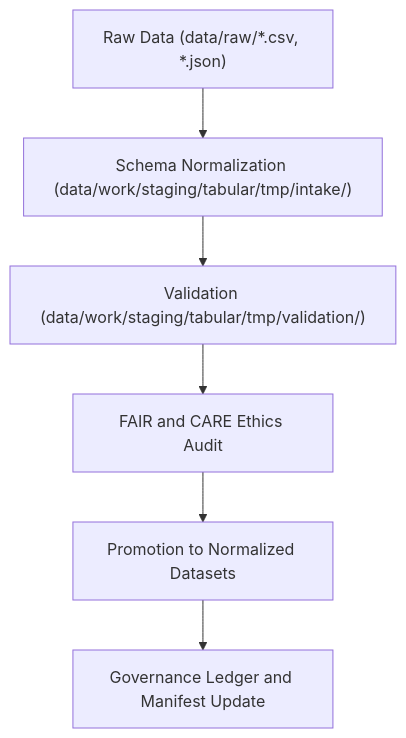
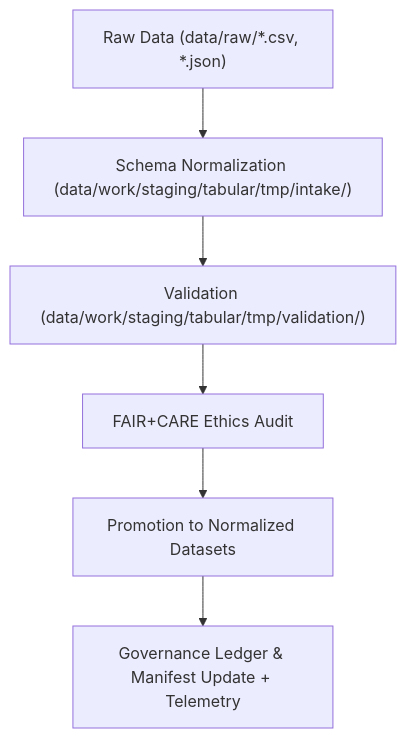
The diagram in data/work/staging/tabular/README.md (bartytime4life/Kansas-Frontier-Matrix), drawn with Mermaid before and after one commit. The commit also changed other lines of this file, not shown here.

First line of the commit message:
Update README for version 9.4.0 with telemetry and governance

````diff
--- a/data/work/staging/tabular/README.md
+++ b/data/work/staging/tabular/README.md
@@ -72,8 +78,8 @@
 ```mermaid
 flowchart TD
     A["Raw Data (data/raw/*.csv, *.json)"] --> B["Schema Normalization (data/work/staging/tabular/tmp/intake/)"]
     B --> C["Validation (data/work/staging/tabular/tmp/validation/)"]
-    C --> D["FAIR and CARE Ethics Audit"]
+    C --> D["FAIR+CARE Ethics Audit"]
     D --> E["Promotion to Normalized Datasets"]
-    E --> F["Governance Ledger and Manifest Update"]
+    E --> F["Governance Ledger & Manifest Update + Telemetry"]
 ```
````
